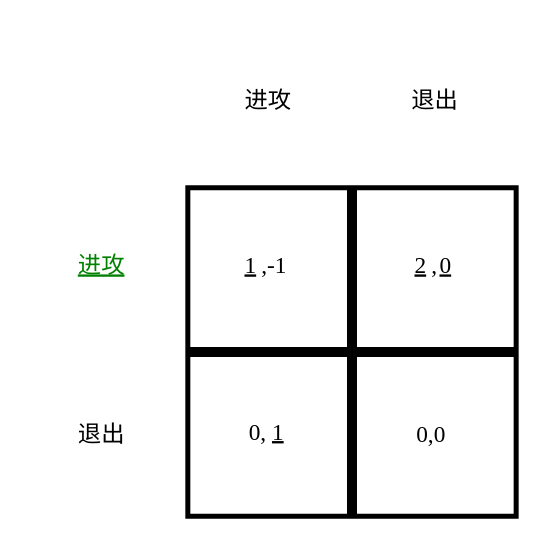
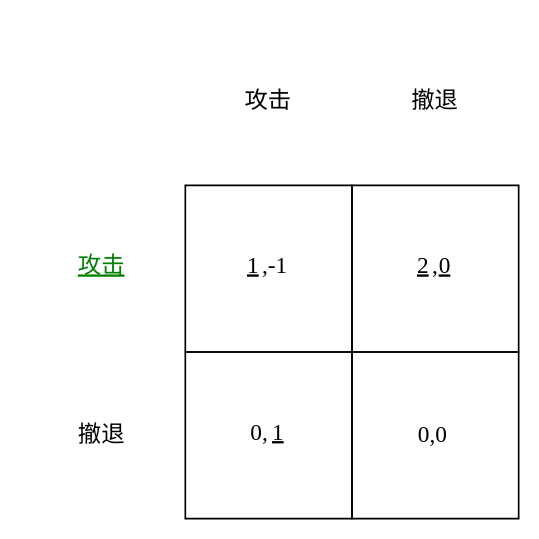
One commit to Binjian/org changed the fourth of 12 diagrams in mode/drl_101.org. Above: the diagram before and after it, drawn with Graphviz. The commit also changed other lines of this file and 6 other files, not shown here.

```diff
--- a/mode/drl_101.org
+++ b/mode/drl_101.org
@@ -80,23 +176,23 @@
-#+begin_src dot :file img/drl101/dominated_fight1.png
+#+begin_src dot :file img/drl101/dominated_fight2.png
 digraph G {
-    node1 [shape=none, margin=0, label=<
+    node1 [shape=none, margin=0, fontname="LXGW WenKai Mono", label=<
         <TABLE BORDER="0" CELLBORDER="0" CELLSPACING="0" CELLPADDING="0" WIDTH="300" HEIGHT="300">
             <TR>
                 <TD WIDTH="100" HEIGHT="100" BGCOLOR="None"></TD>
-                <TD WIDTH="100" HEIGHT="100" BGCOLOR="None">进攻</TD>
-                <TD WIDTH="100" HEIGHT="100" BGCOLOR="None">退出</TD>
+                <TD WIDTH="100" HEIGHT="100" BGCOLOR="None">攻击</TD>
+                <TD WIDTH="100" HEIGHT="100" BGCOLOR="None">撤退</TD>
             </TR>
             <TR>
-                <TD WIDTH="100" HEIGHT="100" BGCOLOR="None"><u><font color="green">进攻</font></u></TD>
-                <TD WIDTH="100" HEIGHT="100" BORDER="3"><u>1</u>,-1</TD>
-                <TD WIDTH="100" HEIGHT="100" BORDER="3"><u>2</u>,<u>0</u></TD>
+                <TD WIDTH="100" HEIGHT="100" BGCOLOR="None"><u><font color="green">攻击</font></u></TD>
+                <TD WIDTH="100" HEIGHT="100" BORDER="1"><u>1</u>,-1</TD>
+                <TD WIDTH="100" HEIGHT="100" BORDER="1"><u>2</u>,<u>0</u></TD>
             </TR>
             <TR>
-                <TD WIDTH="100" HEIGHT="100" BGCOLOR="None">退出</TD>
-                <TD WIDTH="100" HEIGHT="100" BORDER="3">0,<u>1</u></TD>
-                <TD WIDTH="100" HEIGHT="100" BORDER="3">0,0</TD>
+                <TD WIDTH="100" HEIGHT="100" BGCOLOR="None">撤退</TD>
+                <TD WIDTH="100" HEIGHT="100" BORDER="1">0,<u>1</u></TD>
+                <TD WIDTH="100" HEIGHT="100" BORDER="1">0,0</TD>
             </TR>
         </TABLE>
     >];
 }
 #+end_src
```
